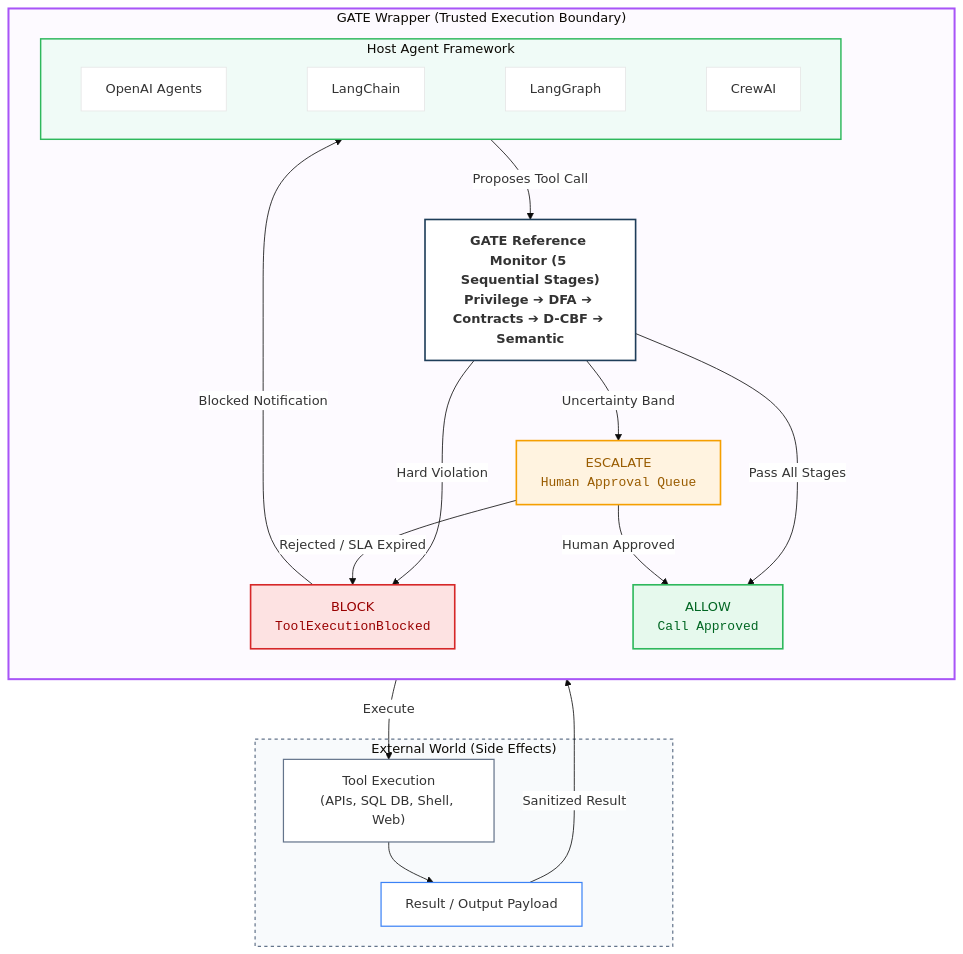
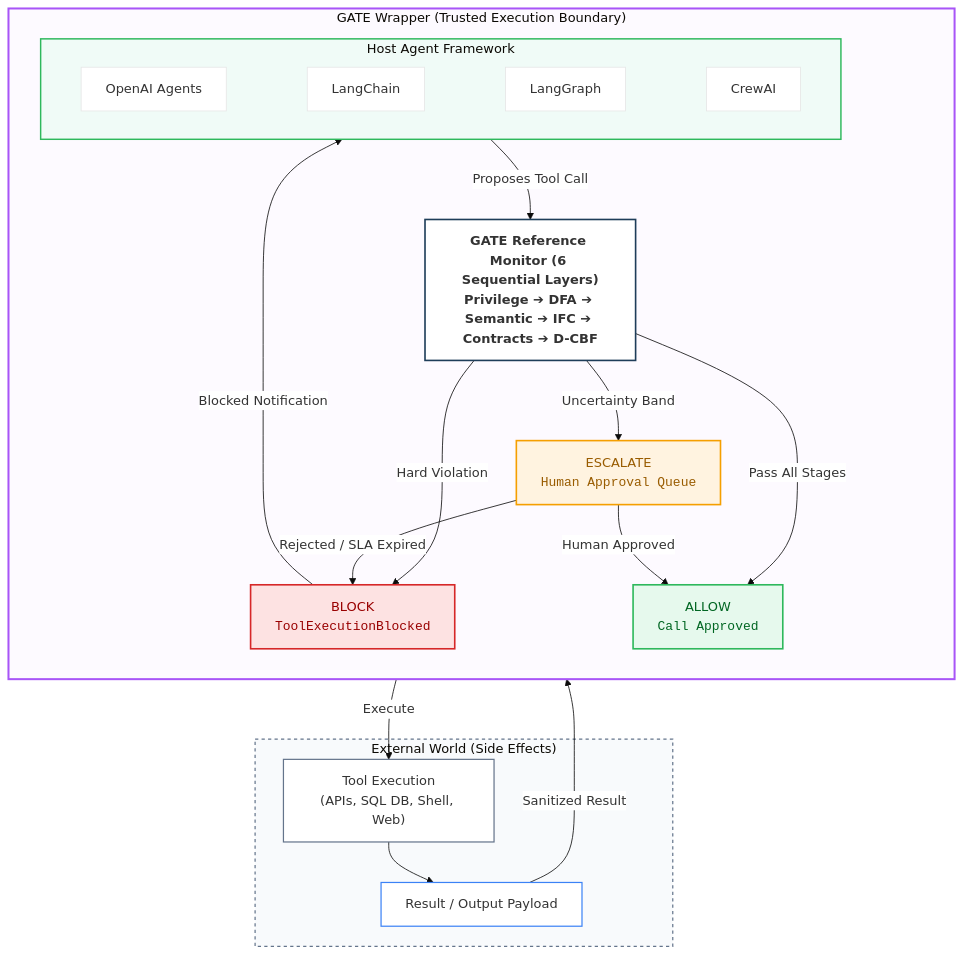
The diagram in README.md (CharafeddineMechalikh/GATE), drawn with Mermaid before and after one commit. The commit also changed other lines of this file and 40 other files, not shown here.

Commit message:
gate: v1.3.0 six-layer pipeline (privilege, DFA, semantic, IFC, contracts, D-CBF), new IFC stage and deny-dominant escalation; docs/figures rebased on 1,957, version bump (gate/core/monitor.py, gate/security/ifc.py, gate/__init__.py, docs/, README.md, CHANGELOG.md, pyproject.toml, tests/)

````diff
--- a/README.md
+++ b/README.md
@@ -93,47 +93,47 @@
 ```mermaid
 %%{init: {'theme': 'base', 'themeVariables': { 'primaryColor': '#ffffff', 'edgeLabelBackground':'#ffffff', 'tertiaryColor': '#f4f6fb'}}}%%
 flowchart TD
     subgraph GATE_Boundary["GATE Wrapper (Trusted Execution Boundary)"]
         direction TB
 
         subgraph Host["Host Agent Framework"]
             direction LR
             OA["OpenAI Agents"] ~~~ LC["LangChain"] ~~~ LG["LangGraph"] ~~~ CW["CrewAI"]
         end
 
-        M["GATE Reference Monitor (5 Sequential Stages)<br><b>Privilege ➔ DFA ➔ Contracts ➔ D-CBF ➔ Semantic</b>"]
+        M["GATE Reference Monitor (6 Sequential Layers)<br><b>Privilege ➔ DFA ➔ Semantic ➔ IFC ➔ Contracts ➔ D-CBF</b>"]
 
         B_NODE["BLOCK<br><code>ToolExecutionBlocked</code>"]
         E_NODE["ESCALATE<br><code>Human Approval Queue</code>"]
         A_NODE["ALLOW<br><code>Call Approved</code>"]
 
         Host -->|"Proposes Tool Call"| M
         M -->|"Hard Violation"| B_NODE
         M -->|"Uncertainty Band"| E_NODE
         M -->|"Pass All Stages"| A_NODE
 
         B_NODE -->|"Blocked Notification"| Host
         E_NODE -->|"Rejected / SLA Expired"| B_NODE
         E_NODE -->|"Human Approved"| A_NODE
     end
 
     %% External World (Outside GATE Boundary)
     subgraph External["External World (Side Effects)"]
         EXT["Tool Execution<br>(APIs, SQL DB, Shell, Web)"]
         RES["Result / Output Payload"]
     end
 
     A_NODE -->|"Execute"| EXT
     EXT --> RES
     RES -->|"Sanitized Result"| Host
 
     style GATE_Boundary fill:#fdfaff,stroke:#a855f7,stroke-width:2.5px
     style Host fill:#f0fbf7,stroke:#2eb85c,stroke-width:1.8px
     style M fill:#ffffff,stroke:#1e3d59,stroke-width:2px,font-weight:bold
     style B_NODE fill:#fde2e2,stroke:#d62728,stroke-width:2px,color:#990000
     style E_NODE fill:#fff3e0,stroke:#f59f00,stroke-width:2px,color:#995c00
     style A_NODE fill:#e6f9ed,stroke:#2eb85c,stroke-width:2px,color:#006622
     style External fill:#f8fafc,stroke:#64748b,stroke-width:1.5px,stroke-dasharray: 4 4
     style EXT fill:#ffffff,stroke:#64748b,stroke-width:1.5px
     style RES fill:#ffffff,stroke:#3b82f6,stroke-width:1.5px
 ```
````
